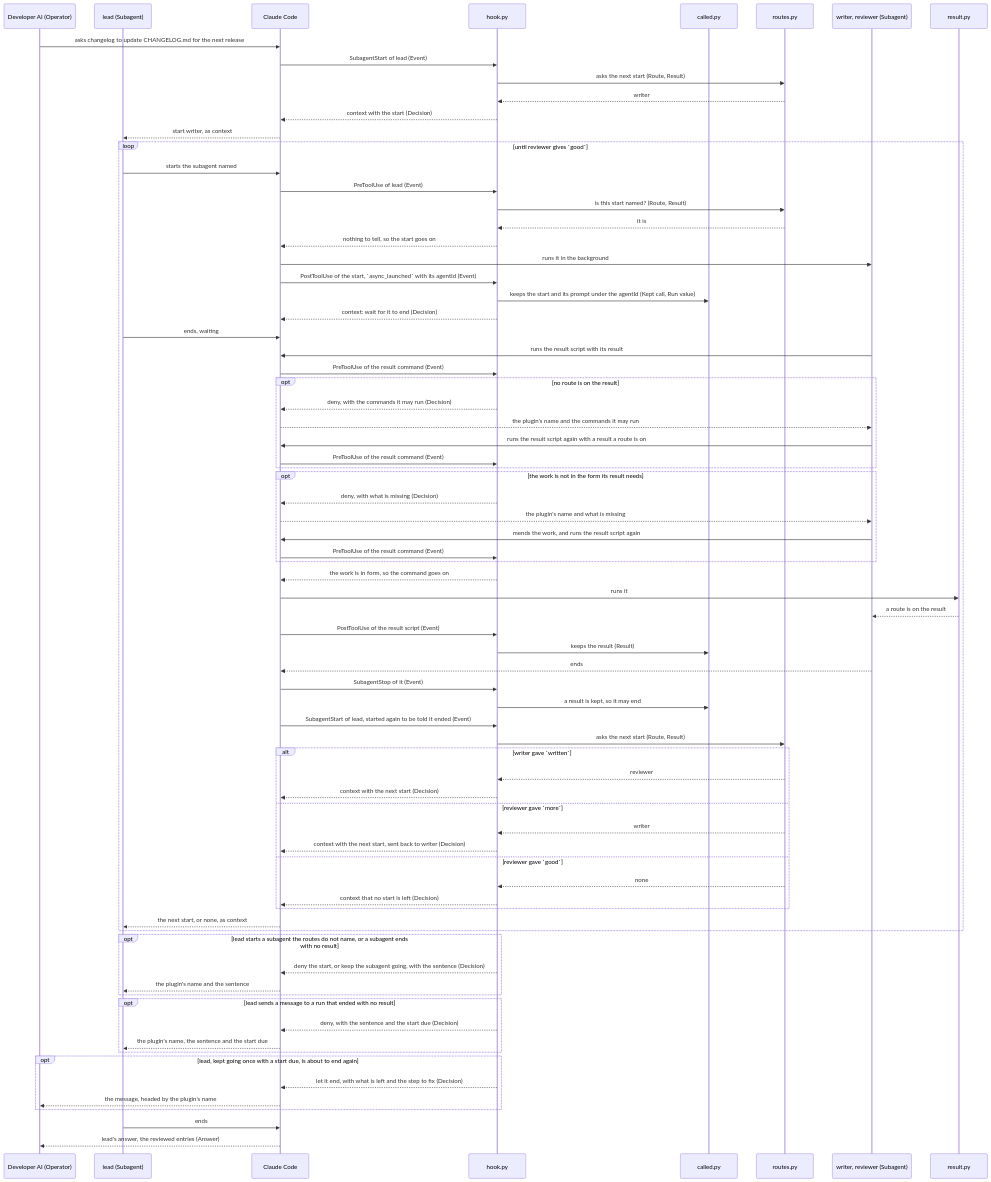
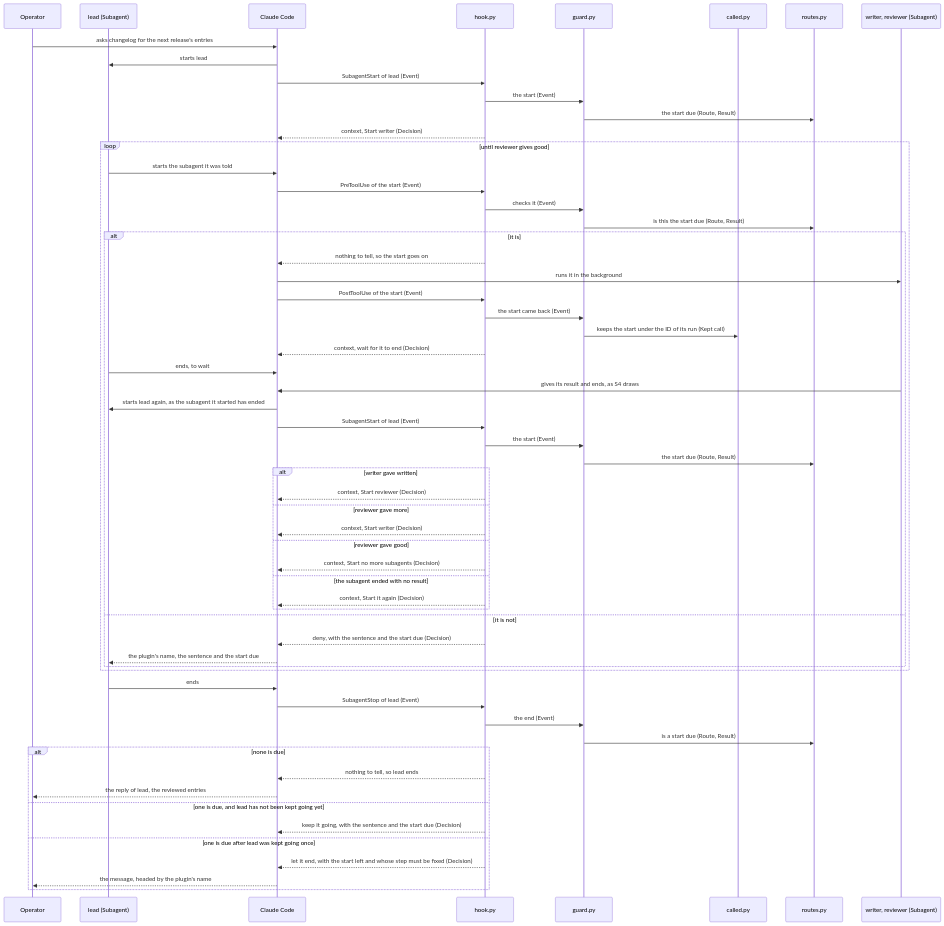
Before and after one commit to lovaizu/ccpm: the fifth of 7 diagrams in dev/lane/architecture.md, drawn with Mermaid. The commit also changed other lines of this file and 5 other files, not shown here.

````diff
--- a/dev/lane/architecture.md
+++ b/dev/lane/architecture.md
@@ -364,78 +425,62 @@
 ```mermaid
 sequenceDiagram
-  participant OP as Developer AI (Operator)
+  participant OP as Operator
   participant O as lead (Subagent)
   participant CC as Claude Code
   participant H as hook.py
+  participant G as guard.py
   participant C as called.py
   participant RT as routes.py
   participant S as writer, reviewer (Subagent)
-  participant RS as result.py
-  OP->>CC: asks changelog to update CHANGELOG.md for the next release
+  OP->>CC: asks changelog for the next release's entries
+  CC->>O: starts lead
   CC->>H: SubagentStart of lead (Event)
-  H->>RT: asks the next start (Route, Result)
-  RT-->>H: writer
-  H-->>CC: context with the start (Decision)
-  CC-->>O: start writer, as context
-  loop until reviewer gives `good`
-    O->>CC: starts the subagent named
-    CC->>H: PreToolUse of lead (Event)
-    H->>RT: is this start named? (Route, Result)
-    RT-->>H: it is
-    H-->>CC: nothing to tell, so the start goes on
-    CC->>S: runs it in the background
-    CC->>H: PostToolUse of the start, `async_launched` with its agentId (Event)
-    H->>C: keeps the start and its prompt under the agentId (Kept call, Run value)
-    H-->>CC: context: wait for it to end (Decision)
-    O->>CC: ends, waiting
-    S->>CC: runs the result script with its result
-    CC->>H: PreToolUse of the result command (Event)
-    opt no route is on the result
-      H-->>CC: deny, with the commands it may run (Decision)
-      CC-->>S: the plugin's name and the commands it may run
-      S->>CC: runs the result script again with a result a route is on
-      CC->>H: PreToolUse of the result command (Event)
+  H->>G: the start (Event)
+  G->>RT: the start due (Route, Result)
+  H-->>CC: context, Start writer (Decision)
+  loop until reviewer gives good
+    O->>CC: starts the subagent it was told
+    CC->>H: PreToolUse of the start (Event)
+    H->>G: checks it (Event)
+    G->>RT: is this the start due (Route, Result)
+    alt it is
+      H-->>CC: nothing to tell, so the start goes on
+      CC->>S: runs it in the background
+      CC->>H: PostToolUse of the start (Event)
+      H->>G: the start came back (Event)
+      G->>C: keeps the start under the ID of its run (Kept call)
+      H-->>CC: context, wait for it to end (Decision)
+      O->>CC: ends, to wait
+      S->>CC: gives its result and ends, as S4 draws
+      CC->>O: starts lead again, as the subagent it started has ended
+      CC->>H: SubagentStart of lead (Event)
+      H->>G: the start (Event)
+      G->>RT: the start due (Route, Result)
+      alt writer gave written
+        H-->>CC: context, Start reviewer (Decision)
+      else reviewer gave more
+        H-->>CC: context, Start writer (Decision)
+      else reviewer gave good
+        H-->>CC: context, Start no more subagents (Decision)
+      else the subagent ended with no result
+        H-->>CC: context, Start it again (Decision)
+      end
+    else it is not
+      H-->>CC: deny, with the sentence and the start due (Decision)
+      CC-->>O: the plugin's name, the sentence and the start due
     end
-    opt the work is not in the form its result needs
-      H-->>CC: deny, with what is missing (Decision)
-      CC-->>S: the plugin's name and what is missing
-      S->>CC: mends the work, and runs the result script again
-      CC->>H: PreToolUse of the result command (Event)
-    end
-    H-->>CC: the work is in form, so the command goes on
-    CC->>RS: runs it
-    RS-->>S: a route is on the result
-    CC->>H: PostToolUse of the result script (Event)
-    H->>C: keeps the result (Result)
-    S-->>CC: ends
-    CC->>H: SubagentStop of it (Event)
-    H->>C: a result is kept, so it may end
-    CC->>H: SubagentStart of lead, started again to be told it ended (Event)
-    H->>RT: asks the next start (Route, Result)
-    alt writer gave `written`
-      RT-->>H: reviewer
-      H-->>CC: context with the next start (Decision)
-    else reviewer gave `more`
-      RT-->>H: writer
-      H-->>CC: context with the next start, sent back to writer (Decision)
-    else reviewer gave `good`
-      RT-->>H: none
-      H-->>CC: context that no start is left (Decision)
-    end
-    CC-->>O: the next start, or none, as context
   end
-  opt lead starts a subagent the routes do not name, or a subagent ends with no result
-    H-->>CC: deny the start, or keep the subagent going, with the sentence (Decision)
-    CC-->>O: the plugin's name and the sentence
-  end
-  opt lead sends a message to a run that ended with no result
-    H-->>CC: deny, with the sentence and the start due (Decision)
-    CC-->>O: the plugin's name, the sentence and the start due
-  end
-  opt lead, kept going once with a start due, is about to end again
-    H-->>CC: let it end, with what is left and the step to fix (Decision)
+  O->>CC: ends
+  CC->>H: SubagentStop of lead (Event)
+  H->>G: the end (Event)
+  G->>RT: is a start due (Route, Result)
+  alt none is due
+    H-->>CC: nothing to tell, so lead ends
+    CC-->>OP: the reply of lead, the reviewed entries
+  else one is due, and lead has not been kept going yet
+    H-->>CC: keep it going, with the sentence and the start due (Decision)
+  else one is due after lead was kept going once
+    H-->>CC: let it end, with the start left and whose step must be fixed (Decision)
     CC-->>OP: the message, headed by the plugin's name
   end
-  O->>CC: ends
-  CC-->>OP: lead's answer, the reviewed entries (Answer)
 ```
````
